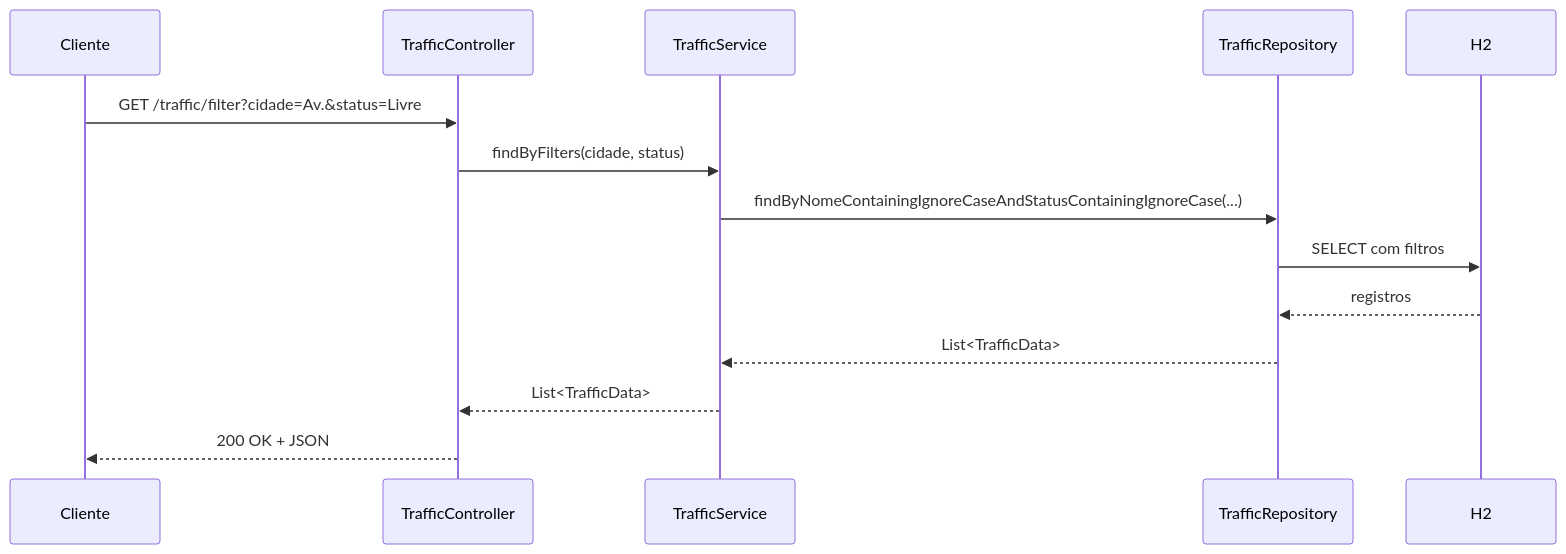
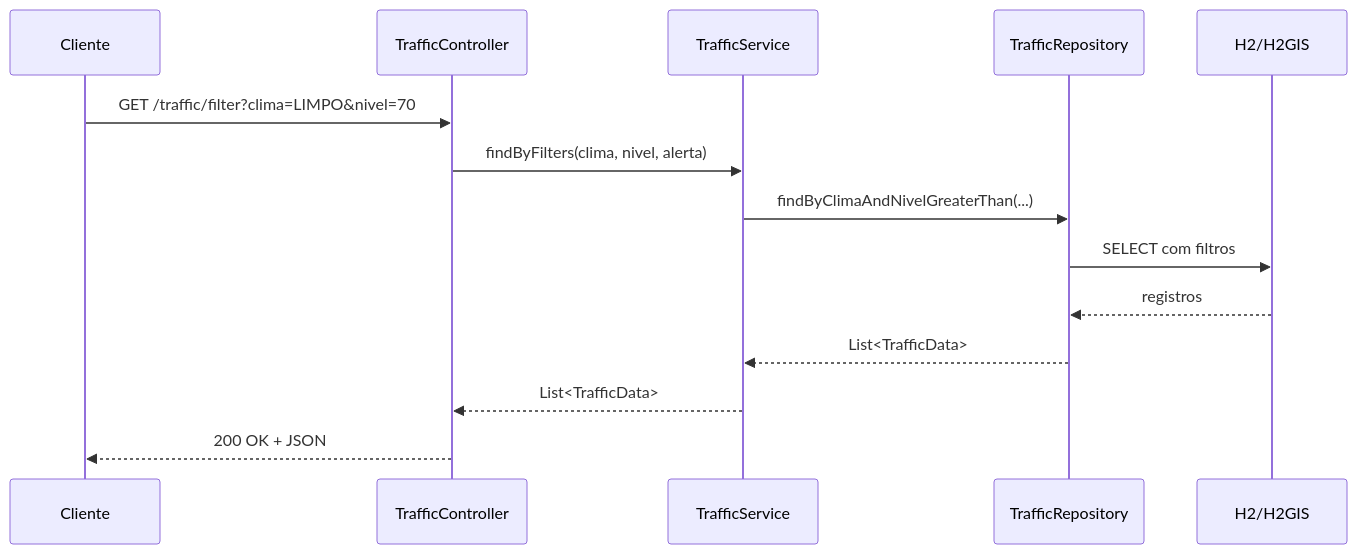
One commit to No-Country-simulation/S03-26-Equipe-26-Web-App-Development changed the first of 2 diagrams in docs/api.md. Above: the diagram before and after it, drawn with Mermaid. The commit also changed other lines of this file and 4 other files, not shown here.

````diff
--- a/docs/api.md
+++ b/docs/api.md
@@ -122,17 +105,17 @@
 ```mermaid
 sequenceDiagram
     participant Client as Cliente
     participant Controller as TrafficController
     participant Service as TrafficService
     participant Repo as TrafficRepository
-    participant DB as H2
+    participant DB as H2/H2GIS
 
-    Client->>Controller: GET /traffic/filter?cidade=Av.&status=Livre
-    Controller->>Service: findByFilters(cidade, status)
-    Service->>Repo: findByNomeContainingIgnoreCaseAndStatusContainingIgnoreCase(...)
+    Client->>Controller: GET /traffic/filter?clima=LIMPO&nivel=70
+    Controller->>Service: findByFilters(clima, nivel, alerta)
+    Service->>Repo: findByClimaAndNivelGreaterThan(...)
     Repo->>DB: SELECT com filtros
     DB-->>Repo: registros
     Repo-->>Service: List<TrafficData>
     Service-->>Controller: List<TrafficData>
     Controller-->>Client: 200 OK + JSON
 ```
````
